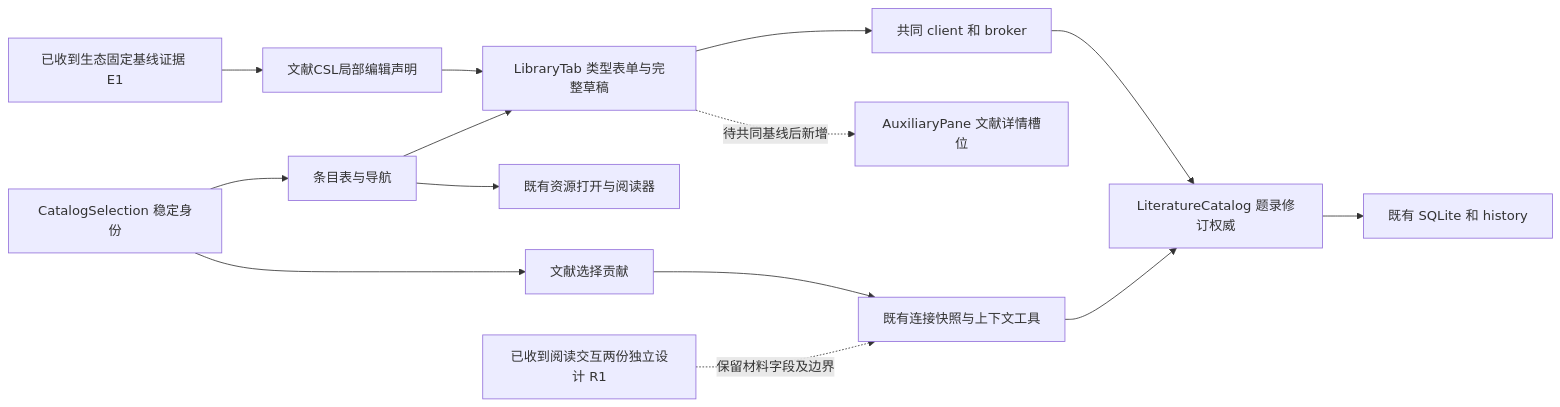
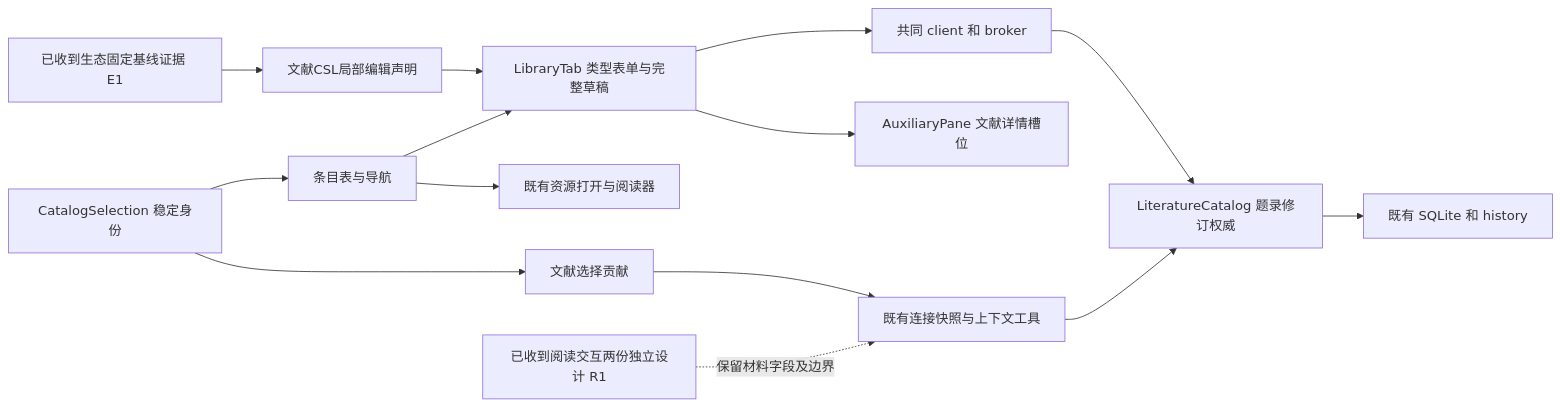
Before and after one commit to leike0813/Scholoom: the first of 2 diagrams in openspec/changes/complete-library-catalog-workbench/design.md, drawn with Mermaid. The commit also changed other lines of this file and 21 other files, not shown here.

````diff
--- a/openspec/changes/complete-library-catalog-workbench/design.md
+++ b/openspec/changes/complete-library-catalog-workbench/design.md
@@ -29,16 +39,16 @@
 ```mermaid
 flowchart LR
   Eco[已收到生态固定基线证据 E1] --> Fields[文献CSL局部编辑声明]
   Fields --> Form[LibraryTab 类型表单与完整草稿]
   Selection[CatalogSelection 稳定身份] --> Table[条目表与导航]
   Table --> Form
   Form --> Client[共同 client 和 broker]
   Client --> Catalog[LiteratureCatalog 题录修订权威]
   Catalog --> DB[既有 SQLite 和 history]
   Selection --> Contribution[文献选择贡献]
   Contribution --> Bridge[既有连接快照与上下文工具]
   Bridge --> Catalog
   Table --> Reader[既有资源打开与阅读器]
-  Form -. 待共同基线后新增 .-> Detail[AuxiliaryPane 文献详情槽位]
+  Form --> Detail[AuxiliaryPane 文献详情槽位]
   Interaction[已收到阅读交互两份独立设计 R1] -. 保留材料字段及边界 .-> Bridge
 ```
````
